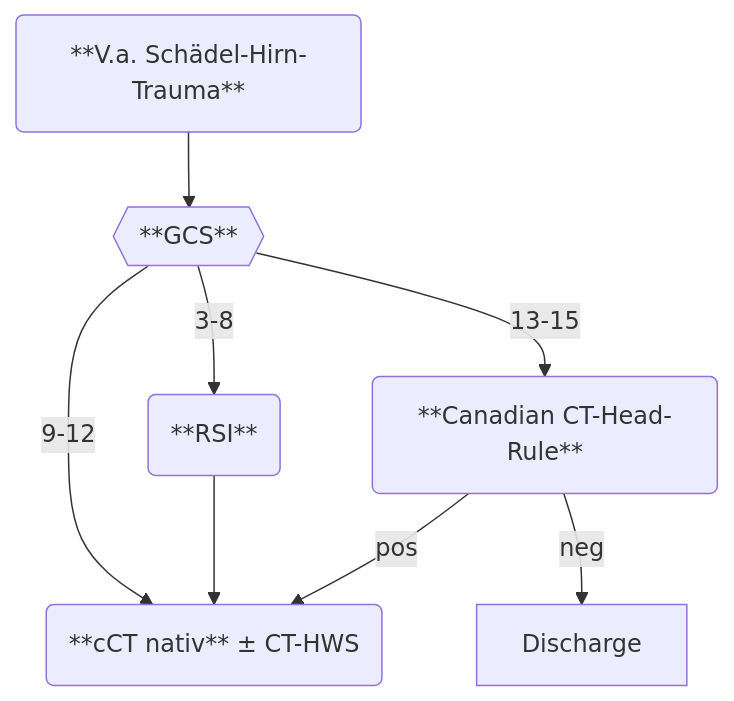
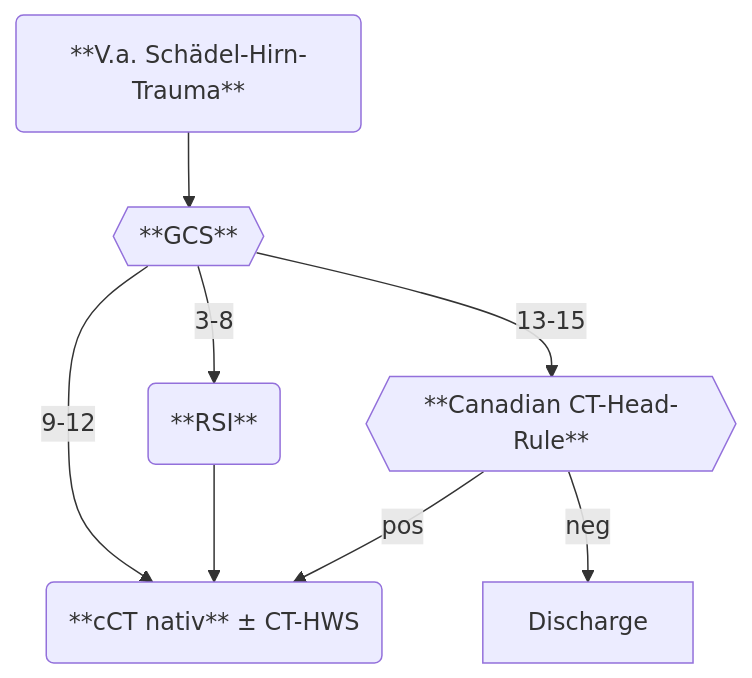
One commit to vncntwbr/notfallbausteine changed the diagram in content/SHT.md. Above: the diagram before and after it, drawn with Mermaid.

Commit message:
Quartz sync: Mar 28, 2026, 6:04 PM

````diff
--- a/content/SHT.md
+++ b/content/SHT.md
@@ -20,10 +20,10 @@
 ```mermaid
 flowchart TD
     A(**V.a. Schädel-Hirn-Trauma**) --> B{{**GCS**}}
-    B -->|13-15| C(**Canadian CT-Head-Rule**)
+    B -->|13-15| C{{**Canadian CT-Head-Rule**}}
     B -->|9-12| CT(**cCT nativ** ± CT-HWS)
     B -->|3-8| AW(**RSI**)
     AW --> CT
     C -->|pos| CT
     C -->|neg| Discharge
 ```
````
